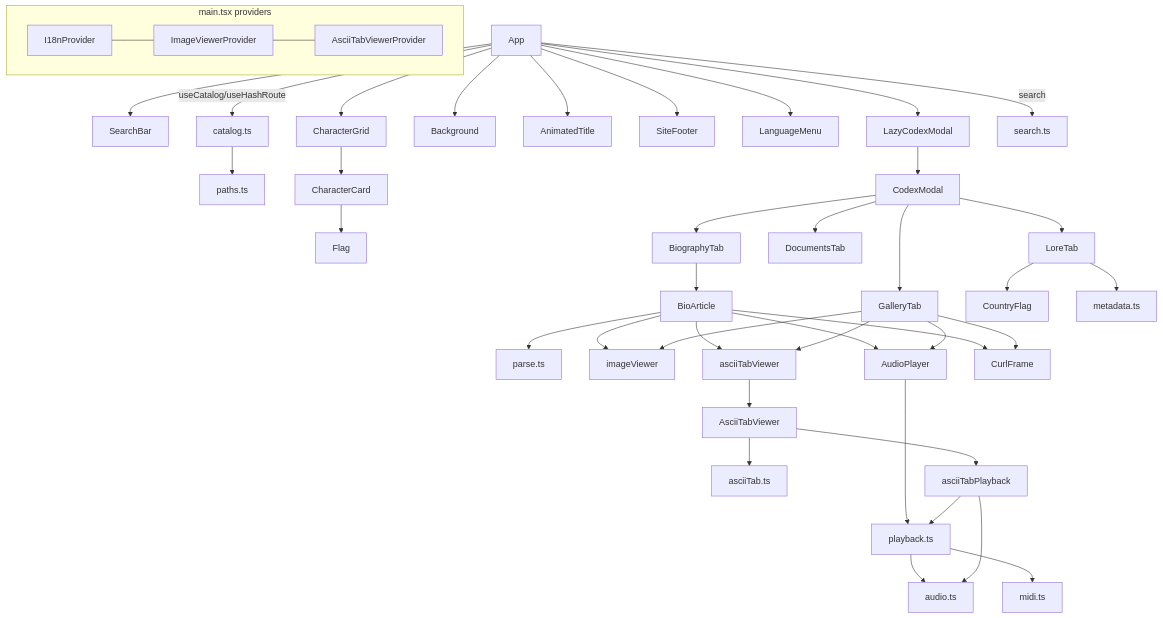
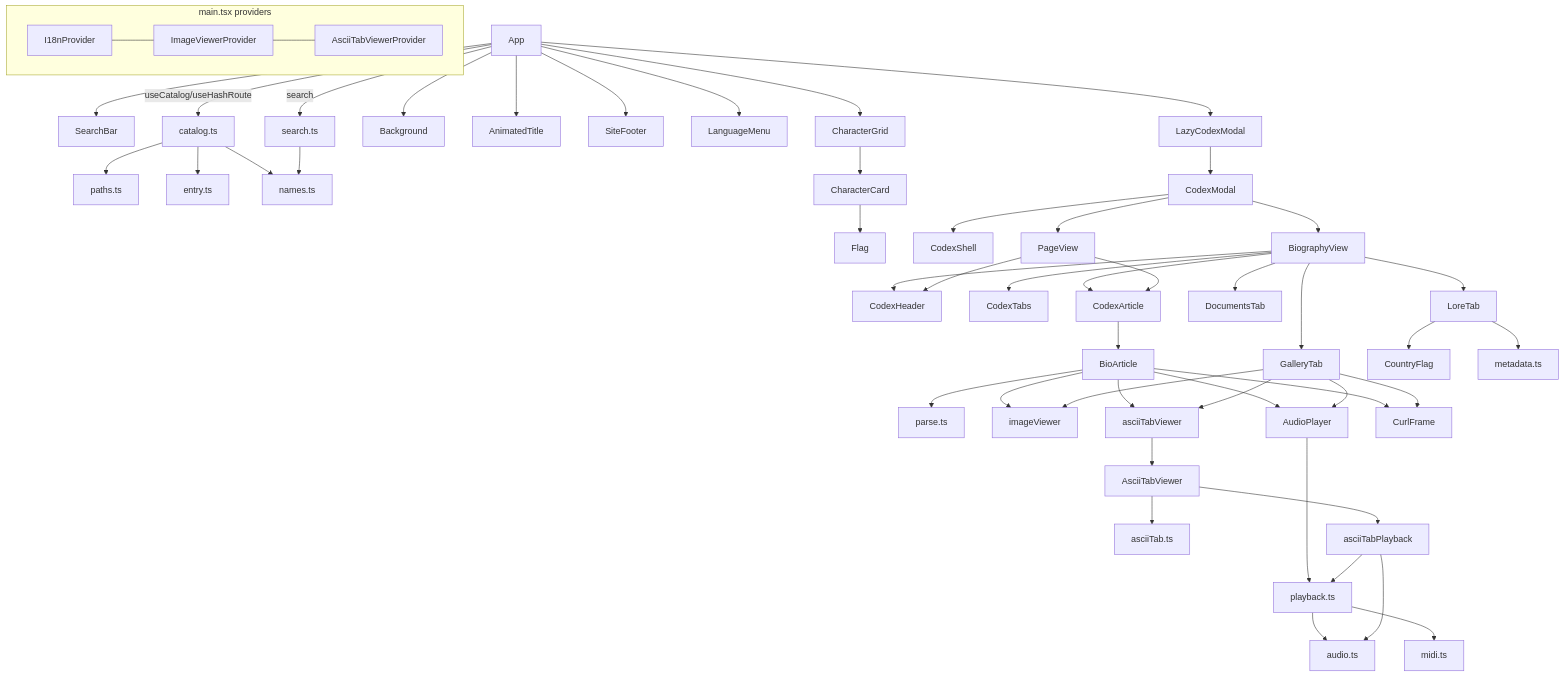
The diagram in .claude-memory/13-app-code-map.md (korvin2000/abcrecords), drawn with Mermaid before and after one commit. The commit also changed other lines of this file and 44 other files, not shown here.

````diff
--- a/.claude-memory/13-app-code-map.md
+++ b/.claude-memory/13-app-code-map.md
@@ -123,18 +135,21 @@
 ```mermaid
 graph TD
   App --> SearchBar & CharacterGrid & LazyCodexModal & Background & AnimatedTitle & SiteFooter & LanguageMenu
   App -->|useCatalog/useHashRoute| catalog[catalog.ts] --> paths[paths.ts]
-  App -->|search| search[search.ts]
+  catalog --> entry[entry.ts] & names[names.ts]
+  App -->|search| search[search.ts] --> names
   CharacterGrid --> CharacterCard --> Flag
-  LazyCodexModal --> CodexModal --> BiographyTab & GalleryTab & DocumentsTab & LoreTab
-  BiographyTab --> BioArticle --> parse[parse.ts] & imageViewer & asciiTabViewer & AudioPlayer & CurlFrame
+  LazyCodexModal --> CodexModal --> CodexShell & BiographyView & PageView
+  BiographyView --> CodexHeader & CodexTabs & CodexArticle & GalleryTab & DocumentsTab & LoreTab
+  PageView --> CodexHeader & CodexArticle
+  CodexArticle --> BioArticle --> parse[parse.ts] & imageViewer & asciiTabViewer & AudioPlayer & CurlFrame
   GalleryTab --> AudioPlayer & CurlFrame & imageViewer & asciiTabViewer
   LoreTab --> CountryFlag & metadata[metadata.ts]
   AudioPlayer --> playback[playback.ts] --> midi[midi.ts]
   asciiTabViewer --> AsciiTabViewer --> asciiTab[asciiTab.ts] & asciiTabPlayback
   playback --> audio[audio.ts]
   asciiTabPlayback --> audio & playback
   subgraph providers[main.tsx providers]
     I18nProvider --- ImageViewerProvider --- AsciiTabViewerProvider
   end
 ```
````
